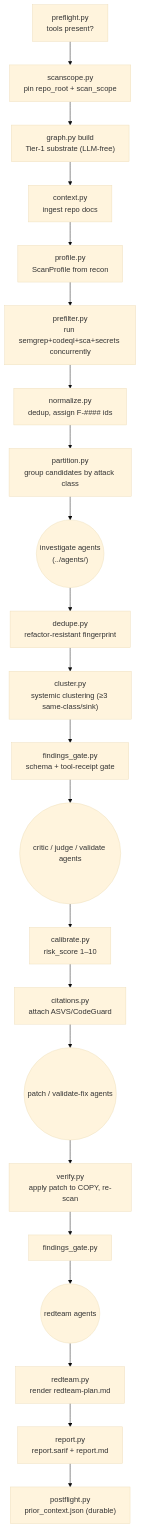
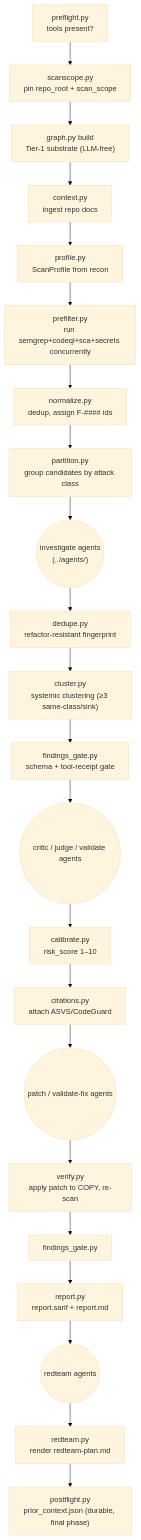
One commit to cjbischoff/cjbischoff-claude-code-tools changed the first of 2 diagrams in plugins/sec-overlay/skills/sec-overlay/helpers/README.md. Above: the diagram before and after it, drawn with Mermaid (base theme). The commit also changed 4 other files, not shown here.

````diff
--- a/plugins/sec-overlay/skills/sec-overlay/helpers/README.md
+++ b/plugins/sec-overlay/skills/sec-overlay/helpers/README.md
@@ -60,23 +60,23 @@
 ```mermaid
 flowchart TD
     PF["preflight.py<br/>tools present?"] --> SS["scanscope.py<br/>pin repo_root + scan_scope"]
     SS --> GR["graph.py build<br/>Tier-1 substrate (LLM-free)"]
     GR --> CTX["context.py<br/>ingest repo docs"]
     CTX --> PROFILE["profile.py<br/>ScanProfile from recon"]
     PROFILE --> PRE["prefilter.py<br/>run semgrep+codeql+sca+secrets concurrently"]
     PRE --> NORM["normalize.py<br/>dedup, assign F-#### ids"]
     NORM --> PART["partition.py<br/>group candidates by attack class"]
     PART --> INV(("investigate agents<br/>(../agents/)"))
     INV --> DED["dedupe.py<br/>refactor-resistant fingerprint"]
     DED --> CLUS["cluster.py<br/>systemic clustering (≥3 same-class/sink)"]
     CLUS --> GATE1["findings_gate.py<br/>schema + tool-receipt gate"]
     GATE1 --> LADDER(("critic / judge / validate agents"))
     LADDER --> CAL["calibrate.py<br/>risk_score 1–10"]
     CAL --> CIT["citations.py<br/>attach ASVS/CodeGuard"]
     CIT --> PATCHV(("patch / validate-fix agents"))
     PATCHV --> VER["verify.py<br/>apply patch to COPY, re-scan"]
     VER --> GATE2["findings_gate.py"]
-    GATE2 --> RT(("redteam agents")) --> RTR["redteam.py<br/>render redteam-plan.md"]
-    RTR --> REP["report.py<br/>report.sarif + report.md"]
-    REP --> POST["postflight.py<br/>prior_context.json (durable)"]
+    GATE2 --> REP["report.py<br/>report.sarif + report.md"]
+    REP --> RT(("redteam agents")) --> RTR["redteam.py<br/>render redteam-plan.md"]
+    RTR --> POST["postflight.py<br/>prior_context.json (durable, final phase)"]
 ```
````
